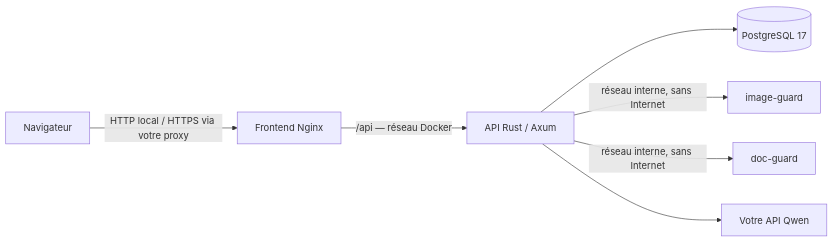
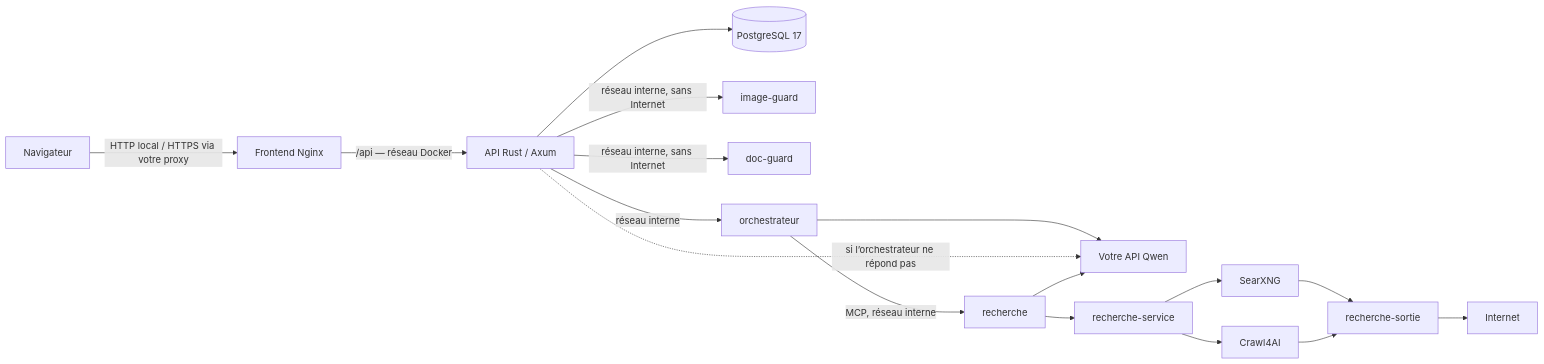
One commit to El-cmd/L-Observatoire changed the diagram in README.md. Above: the diagram before and after it, drawn with Mermaid. The commit also changed other lines of this file and 62 other files, not shown here.

First line of the commit message:
Ajouter l’orchestrateur et la recherche web (réservée pour l’instant à vloth)

````diff
--- a/README.md
+++ b/README.md
@@ -7,9 +7,14 @@
 ```mermaid
 flowchart LR
     Browser[Navigateur] -->|HTTP local / HTTPS via votre proxy| Front[Frontend Nginx]
     Front -->|/api — réseau Docker| API[API Rust / Axum]
     API --> DB[(PostgreSQL 17)]
     API -->|réseau interne, sans Internet| Guard[image-guard]
     API -->|réseau interne, sans Internet| Docs[doc-guard]
-    API --> Qwen[Votre API Qwen]
+    API -->|réseau interne| Orch[orchestrateur]
+    Orch --> Qwen[Votre API Qwen]
+    API -.->|si l’orchestrateur ne répond pas| Qwen
+    Orch -->|MCP, réseau interne| Outil[recherche]
+    Outil --> Qwen
+    Outil --> Service[recherche-service] --> SearX[SearXNG] & Crawl[Crawl4AI] --> Squid[recherche-sortie] --> Web[Internet]
 ```
````
